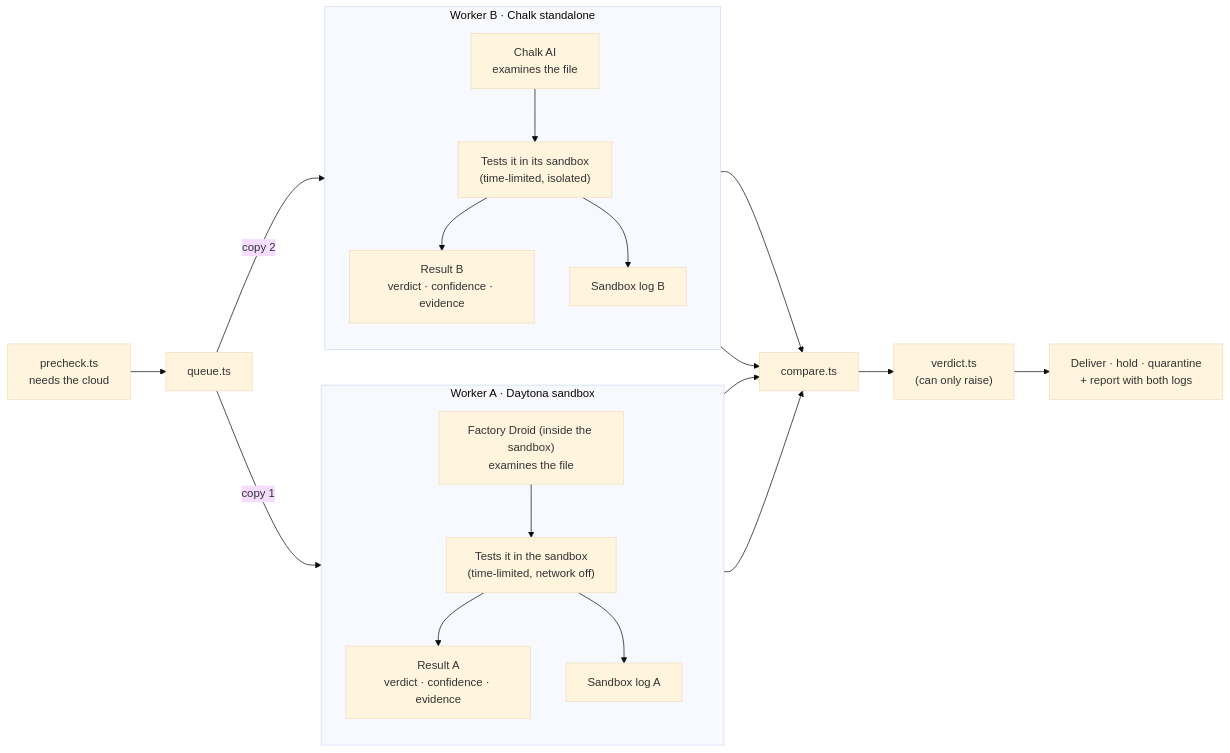
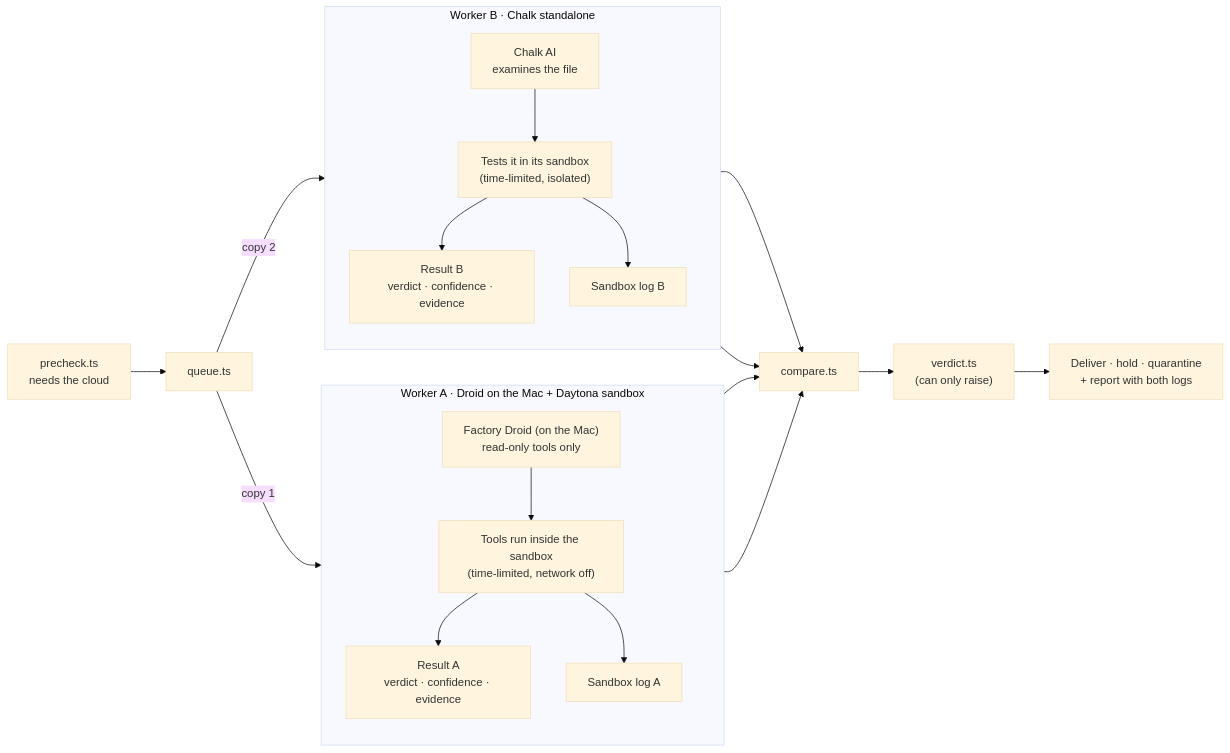
The third of 10 diagrams in docs/architectural.md (evandong1976/Aegis), drawn with Mermaid (base theme) before and after one commit. The commit also changed other lines of this file, not shown here.

First line of the commit message:
docs(architectural): Droid on the Mac, links judged without opening, Photon back in scope

````diff
--- a/docs/architectural.md
+++ b/docs/architectural.md
@@ -218,22 +237,22 @@
 ```mermaid
 flowchart LR
   PC["precheck.ts<br/>needs the cloud"] --> Q["queue.ts"]
   Q -->|"copy 1"| A
   Q -->|"copy 2"| B
-  subgraph A["Worker A · Daytona sandbox"]
+  subgraph A["Worker A · Droid on the Mac + Daytona sandbox"]
     direction TB
-    A1["Factory Droid (inside the sandbox)<br/>examines the file"] --> A2["Tests it in the sandbox<br/>(time-limited, network off)"]
+    A1["Factory Droid (on the Mac)<br/>read-only tools only"] --> A2["Tools run inside the sandbox<br/>(time-limited, network off)"]
     A2 --> A3["Result A<br/>verdict · confidence · evidence"]
     A2 --> A4["Sandbox log A"]
   end
   subgraph B["Worker B · Chalk standalone"]
     direction TB
     B1["Chalk AI<br/>examines the file"] --> B2["Tests it in its sandbox<br/>(time-limited, isolated)"]
     B2 --> B3["Result B<br/>verdict · confidence · evidence"]
     B2 --> B4["Sandbox log B"]
   end
   A3 & A4 --> C["compare.ts"]
   B3 & B4 --> C
   C --> V["verdict.ts<br/>(can only raise)"]
   V --> OUT["Deliver · hold · quarantine<br/>+ report with both logs"]
 ```
````
